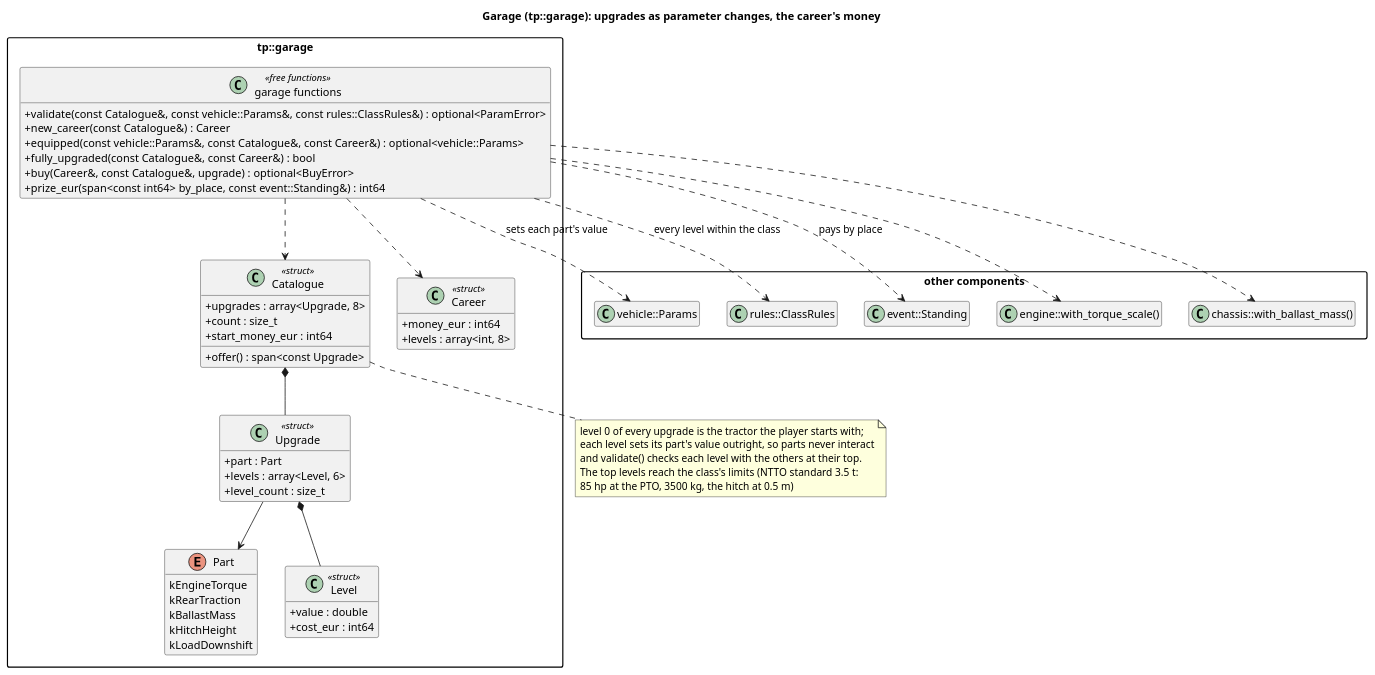
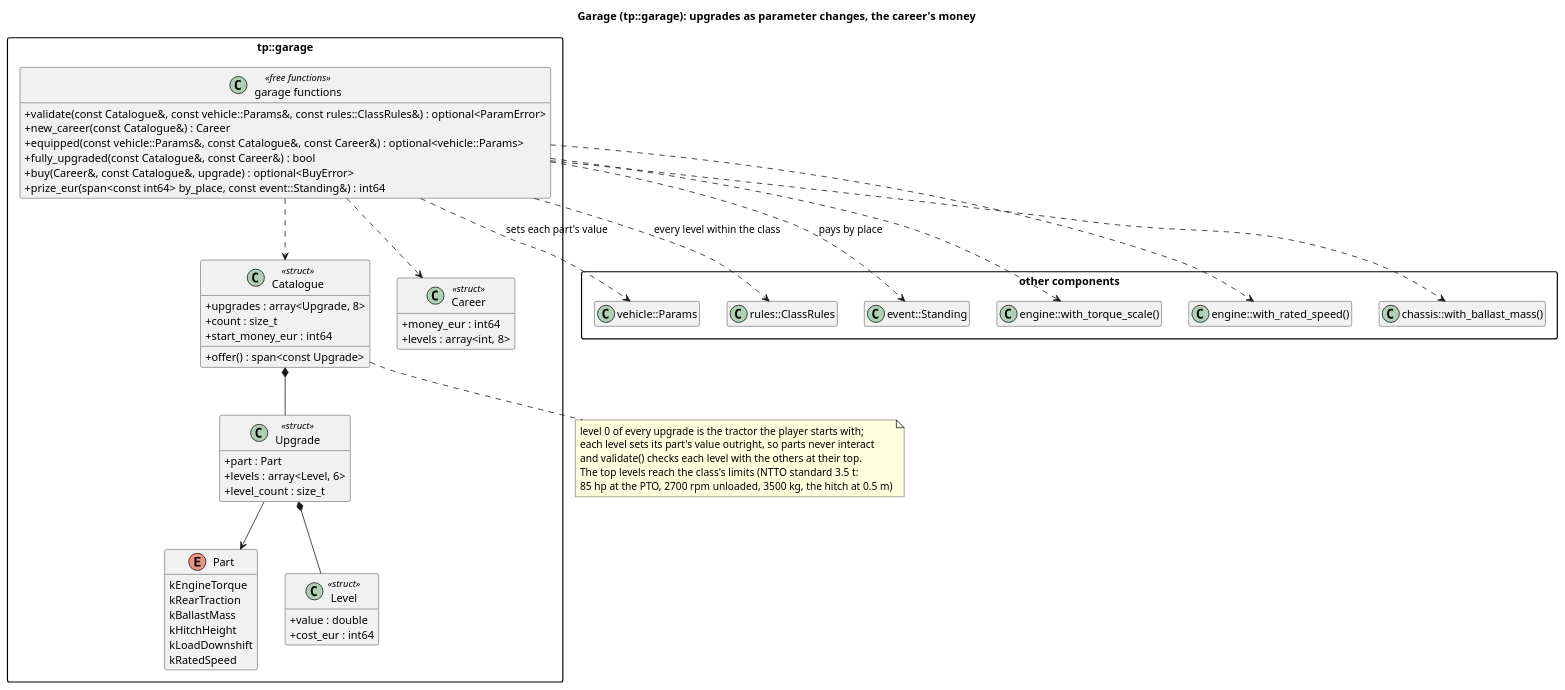
The diagram in docs/diagrams/garage_classes.puml (wversteeg/TractorPulling), drawn with PlantUML before and after one commit. The commit also changed 39 other files, not shown here.

```diff
--- a/docs/diagrams/garage_classes.puml
+++ b/docs/diagrams/garage_classes.puml
@@ -1,68 +1,71 @@
 @startuml garage_classes
 title Garage (tp::garage): upgrades as parameter changes, the career's money
 hide empty members
 skinparam packageStyle rectangle
 skinparam classAttributeIconSize 0
 
 package "other components" {
   class "vehicle::Params" as Tractor
   class "rules::ClassRules" as ClassRules
   class "event::Standing" as EventStanding
   class "engine::with_torque_scale()" as TorqueScale
+  class "engine::with_rated_speed()" as RatedSpeed
   class "chassis::with_ballast_mass()" as BallastMass
 }
 
 package "tp::garage" {
   enum Part {
     kEngineTorque
     kRearTraction
     kBallastMass
     kHitchHeight
     kLoadDownshift
+    kRatedSpeed
   }
   class Level <<struct>> {
     +value : double
     +cost_eur : int64
   }
   class Upgrade <<struct>> {
     +part : Part
     +levels : array<Level, 6>
     +level_count : size_t
   }
   class Catalogue <<struct>> {
     +upgrades : array<Upgrade, 8>
     +count : size_t
     +start_money_eur : int64
     +offer() : span<const Upgrade>
   }
   class Career <<struct>> {
     +money_eur : int64
     +levels : array<int, 8>
   }
   class "garage functions" as GarageFns <<free functions>> {
     +validate(const Catalogue&, const vehicle::Params&, const rules::ClassRules&) : optional<ParamError>
     +new_career(const Catalogue&) : Career
     +equipped(const vehicle::Params&, const Catalogue&, const Career&) : optional<vehicle::Params>
     +fully_upgraded(const Catalogue&, const Career&) : bool
     +buy(Career&, const Catalogue&, upgrade) : optional<BuyError>
     +prize_eur(span<const int64> by_place, const event::Standing&) : int64
   }
   Catalogue *-- Upgrade
   Upgrade *-- Level
   Upgrade --> Part
   GarageFns ..> Catalogue
   GarageFns ..> Career
 }
 GarageFns ..> Tractor : sets each part's value
 GarageFns ..> ClassRules : every level within the class
 GarageFns ..> EventStanding : pays by place
 GarageFns ..> TorqueScale
+GarageFns ..> RatedSpeed
 GarageFns ..> BallastMass
 note bottom of Catalogue
   level 0 of every upgrade is the tractor the player starts with;
   each level sets its part's value outright, so parts never interact
   and validate() checks each level with the others at their top.
   The top levels reach the class's limits (NTTO standard 3.5 t:
-  85 hp at the PTO, 3500 kg, the hitch at 0.5 m)
+  85 hp at the PTO, 2700 rpm unloaded, 3500 kg, the hitch at 0.5 m)
 end note
 @enduml
```
